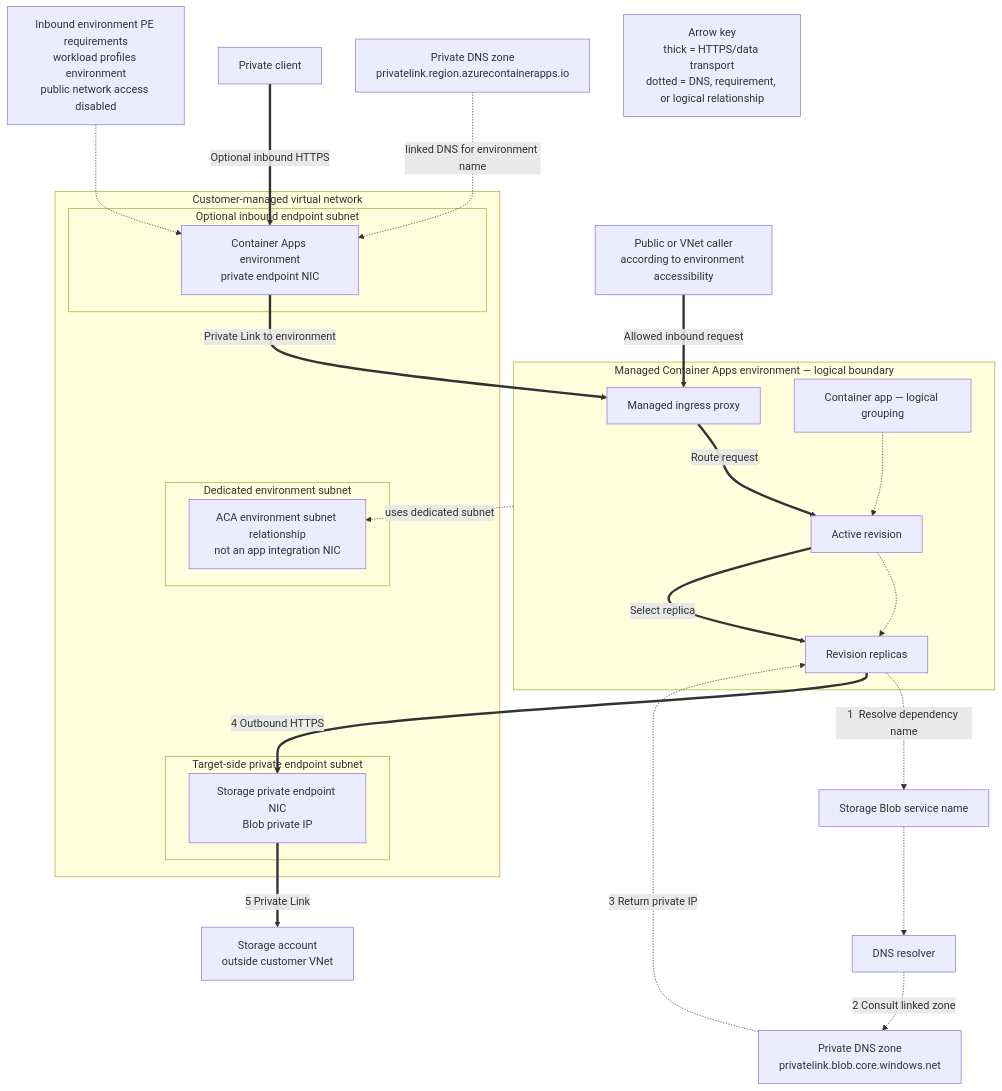
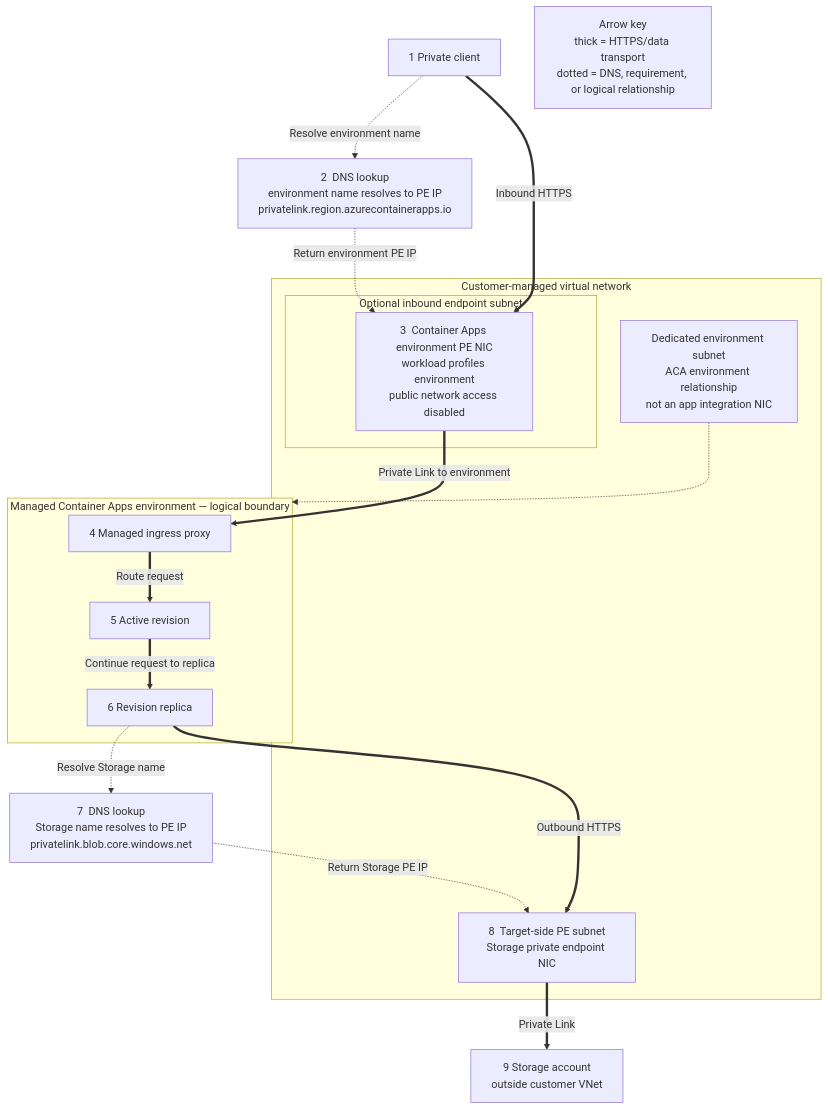
One commit to yeongseon/azure-container-apps-practical-guide changed the diagram in docs/platform/networking/vnet-integration.md. Above: the diagram before and after it, drawn with Mermaid. The commit also changed other lines of this file and 3 other files, not shown here.

Commit message:
docs(networking): address private endpoint diagram review

````diff
--- a/docs/platform/networking/vnet-integration.md
+++ b/docs/platform/networking/vnet-integration.md
@@ -53,57 +53,40 @@
 ```mermaid
 flowchart TD
     accTitle: Azure Container Apps custom VNet and private endpoint topology
     accDescr: The managed Container Apps environment is a logical boundary associated with a dedicated environment subnet. A replica reaches a Storage account through a separate downstream private endpoint subnet after private DNS resolution. An optional inbound private endpoint to the environment occupies another endpoint subnet and requires a workload profiles environment with public network access disabled.
 
-    USER["Public or VNet caller<br/>according to environment accessibility"]
-    PRIVATE_CLIENT["Private client"]
-    STORAGE_NAME["Storage Blob service name"]
-    DNS["DNS resolver"]
-    STORAGE_ZONE["Private DNS zone<br/>privatelink.blob.core.windows.net"]
-    ACA_ZONE["Private DNS zone<br/>privatelink.region.azurecontainerapps.io"]
+    PRIVATE_CLIENT["1  Private client"]
+    ACA_ZONE["2  DNS lookup<br/>environment name resolves to PE IP<br/>privatelink.region.azurecontainerapps.io"]
 
     subgraph ENV["Managed Container Apps environment — logical boundary"]
-        INGRESS["Managed ingress proxy"]
-        APP["Container app — logical grouping"]
-        REV_ACTIVE["Active revision"]
-        REPLICAS["Revision replicas"]
-        APP -.-> REV_ACTIVE
-        REV_ACTIVE -.-> REPLICAS
+        INGRESS["4  Managed ingress proxy"]
+        REV_ACTIVE["5  Active revision"]
+        REPLICAS["6  Revision replica"]
     end
 
     subgraph VNET["Customer-managed virtual network"]
-        subgraph ENV_SUBNET["Dedicated environment subnet"]
-            ADAPTER["ACA environment subnet relationship<br/>not an app integration NIC"]
+        subgraph INBOUND_SUBNET["Optional inbound endpoint subnet"]
+            ACA_PE["3  Container Apps environment PE NIC<br/>workload profiles environment<br/>public network access disabled"]
         end
-
-        subgraph TARGET_SUBNET["Target-side private endpoint subnet"]
-            STORAGE_PE["Storage private endpoint NIC<br/>Blob private IP"]
-        end
-
-        subgraph INBOUND_SUBNET["Optional inbound endpoint subnet"]
-            ACA_PE["Container Apps environment<br/>private endpoint NIC"]
-        end
+        ENV_SUBNET["Dedicated environment subnet<br/>ACA environment relationship<br/>not an app integration NIC"]
+        TARGET_SUBNET["8  Target-side PE subnet<br/>Storage private endpoint NIC"]
     end
 
-    STORAGE["Storage account<br/>outside customer VNet"]
-    INBOUND_REQ["Inbound environment PE requirements<br/>workload profiles environment<br/>public network access disabled"]
+    STORAGE_ZONE["7  DNS lookup<br/>Storage name resolves to PE IP<br/>privatelink.blob.core.windows.net"]
+    STORAGE["9  Storage account<br/>outside customer VNet"]
 
-    ENV -.->|"uses dedicated subnet"| ADAPTER
-    USER ==>|"Allowed inbound request"| INGRESS
+    ENV_SUBNET -.-> ENV
+    PRIVATE_CLIENT -.->|"Resolve environment name"| ACA_ZONE
+    ACA_ZONE -.->|"Return environment PE IP"| ACA_PE
+    PRIVATE_CLIENT ==>|"Inbound HTTPS"| ACA_PE
+    ACA_PE ==>|"Private Link to environment"| INGRESS
     INGRESS ==>|"Route request"| REV_ACTIVE
-    REV_ACTIVE ==>|"Select replica"| REPLICAS
+    REV_ACTIVE ==>|"Continue request to replica"| REPLICAS
 
-    REPLICAS -.->|"1  Resolve dependency name"| STORAGE_NAME
-    STORAGE_NAME -.-> DNS
-    DNS -.->|"2  Consult linked zone"| STORAGE_ZONE
-    STORAGE_ZONE -.->|"3  Return private IP"| REPLICAS
-    REPLICAS ==>|"4  Outbound HTTPS"| STORAGE_PE
-    STORAGE_PE ==>|"5  Private Link"| STORAGE
-
-    ACA_ZONE -.->|"linked DNS for environment name"| ACA_PE
-    PRIVATE_CLIENT ==>|"Optional inbound HTTPS"| ACA_PE
-    ACA_PE ==>|"Private Link to environment"| INGRESS
-    INBOUND_REQ -.-> ACA_PE
+    REPLICAS -.->|"Resolve Storage name"| STORAGE_ZONE
+    STORAGE_ZONE -.->|"Return Storage PE IP"| TARGET_SUBNET
+    REPLICAS ==>|"Outbound HTTPS"| TARGET_SUBNET
+    TARGET_SUBNET ==>|"Private Link"| STORAGE
 
     LEGEND["Arrow key<br/>thick = HTTPS/data transport<br/>dotted = DNS, requirement, or logical relationship"]
 ```
````
